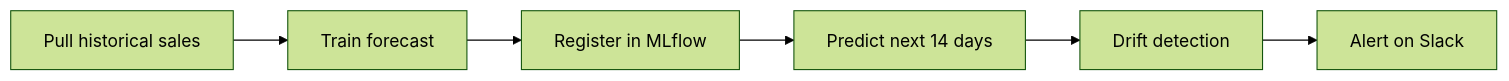
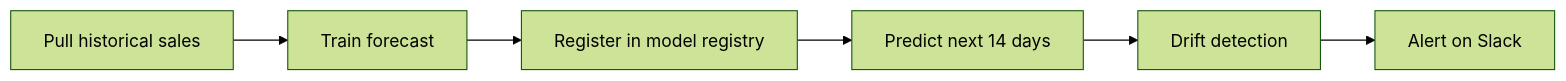
One commit to marmancakbay/mintlify-docs changed the diagram in guides/forecast-and-drift.mdx. Above: the diagram before and after it, drawn with Mermaid (forest theme). The commit also changed other lines of this file and 2065 other files, not shown here.

````diff
--- a/guides/forecast-and-drift.mdx
+++ b/guides/forecast-and-drift.mdx
@@ -14,8 +14,8 @@
 ```mermaid
 flowchart LR
     Data[Pull historical sales] --> Train[Train forecast]
-    Train --> Register[Register in MLflow]
+    Train --> Register[Register in model registry]
     Register --> Predict[Predict next 14 days]
     Predict --> Watch[Drift detection]
     Watch --> Slack[Alert on Slack]
 ```
````
